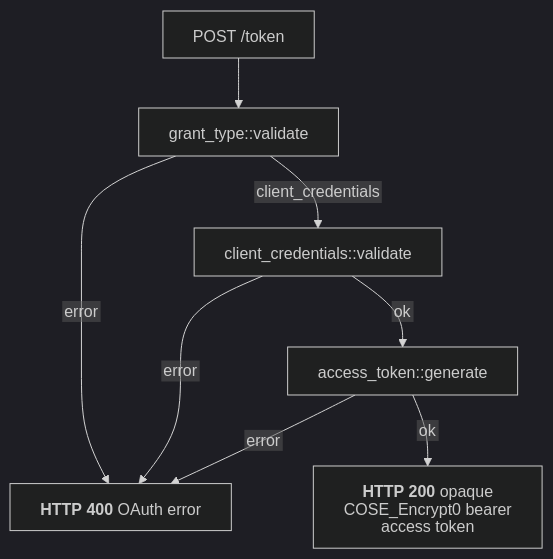
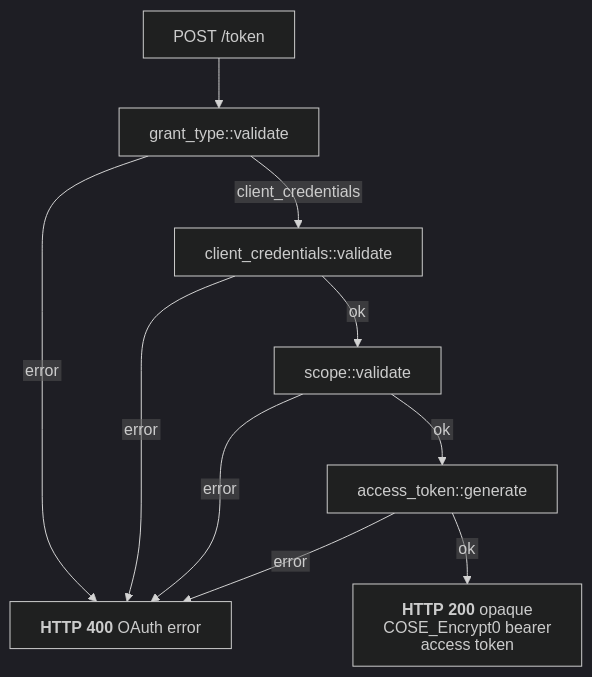
The diagram in docs/flows/oauth/client_credentials.mmd (malach-it/kagome), drawn with Mermaid (dark theme) before and after one commit. The commit also changed 49 other files, not shown here.

Commit message:
feat: validate client authorized scopes

```diff
--- a/docs/flows/oauth/client_credentials.mmd
+++ b/docs/flows/oauth/client_credentials.mmd
@@ -1,9 +1,11 @@
 %%{init: {"htmlLabels": false, "flowchart": {"htmlLabels": false}}}%%
 flowchart TD
     start[POST /token] --> grant["grant_type::validate"]
     grant -- error --> oauth_error["`**HTTP 400** OAuth error`"]
     grant -- client_credentials --> client["client_credentials::validate"]
     client -- error --> oauth_error
-    client -- ok --> generate["access_token::generate"]
+    client -- ok --> scope["scope::validate"]
+    scope -- error --> oauth_error
+    scope -- ok --> generate["access_token::generate"]
     generate -- error --> oauth_error
     generate -- ok --> success["`**HTTP 200** opaque COSE_Encrypt0 bearer access token`"]
```
